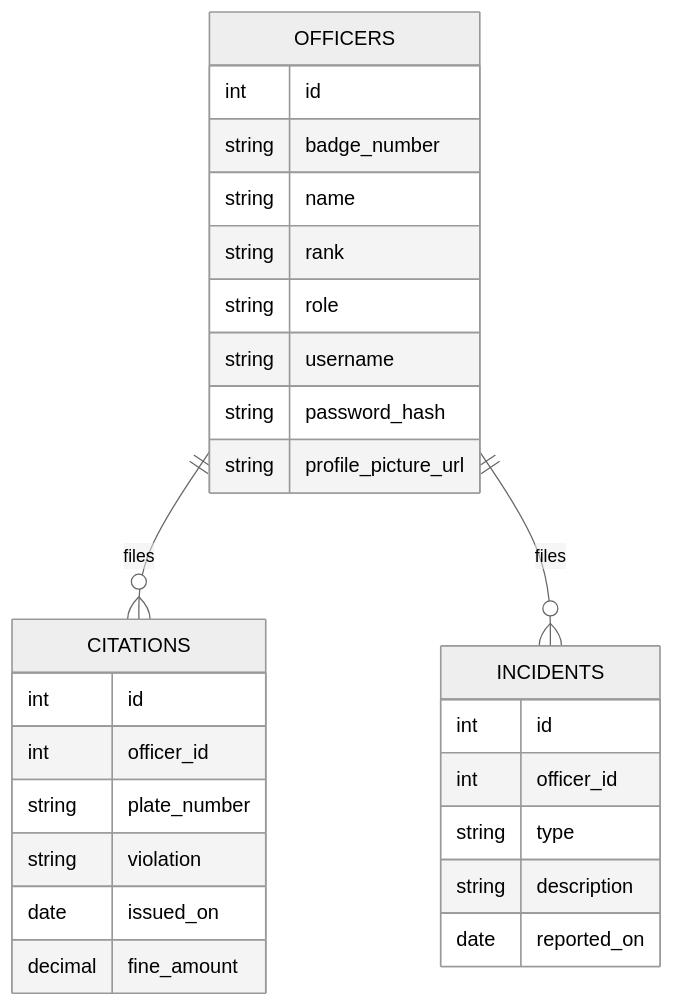
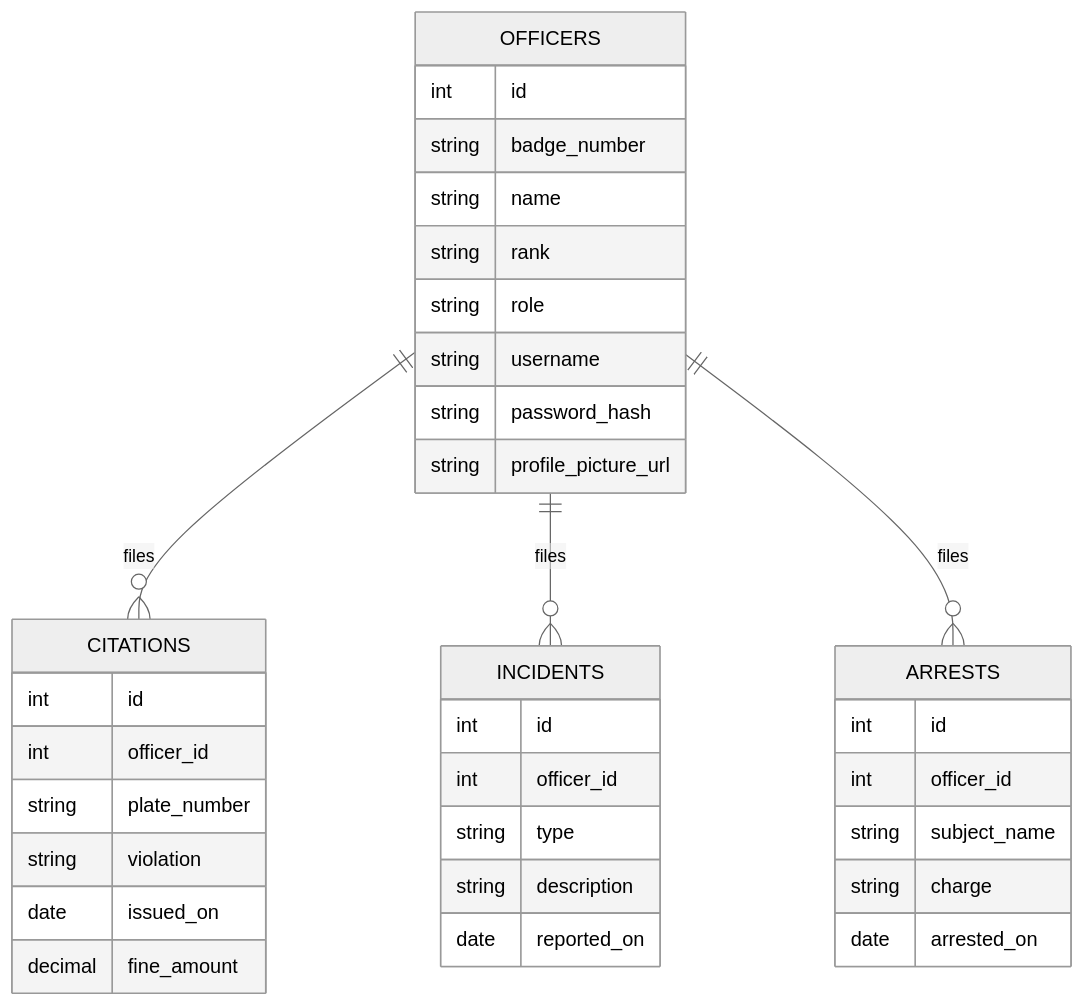
Before and after one commit to EgizianoEG/CNC111-Proto-PoliceMDT-Web: the fourth of 4 diagrams in ARCHITECTURE.md, drawn with Mermaid (neutral theme). The commit also changed other lines of this file and 13 other files, not shown here.

````diff
--- a/ARCHITECTURE.md
+++ b/ARCHITECTURE.md
@@ -88,30 +101,38 @@
 ```mermaid
 erDiagram
     OFFICERS ||--o{ CITATIONS : files
     OFFICERS ||--o{ INCIDENTS : files
+    OFFICERS ||--o{ ARRESTS : files
     OFFICERS {
         int id
         string badge_number
         string name
         string rank
         string role
         string username
         string password_hash
         string profile_picture_url
     }
     CITATIONS {
         int id
         int officer_id
         string plate_number
         string violation
         date issued_on
         decimal fine_amount
     }
     INCIDENTS {
         int id
         int officer_id
         string type
         string description
         date reported_on
     }
+    ARRESTS {
+        int id
+        int officer_id
+        string subject_name
+        string charge
+        date arrested_on
+    }
 ```
````
